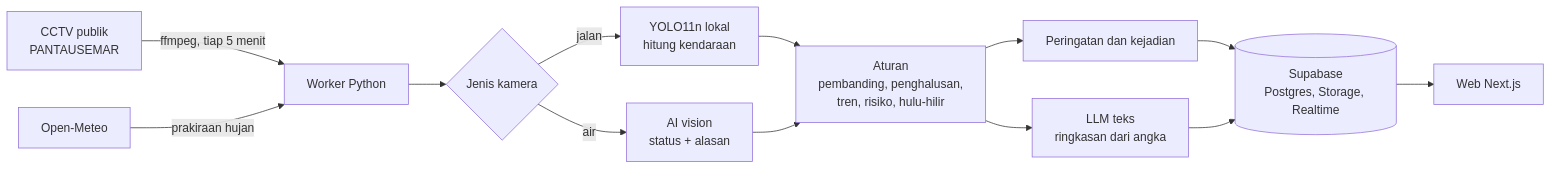
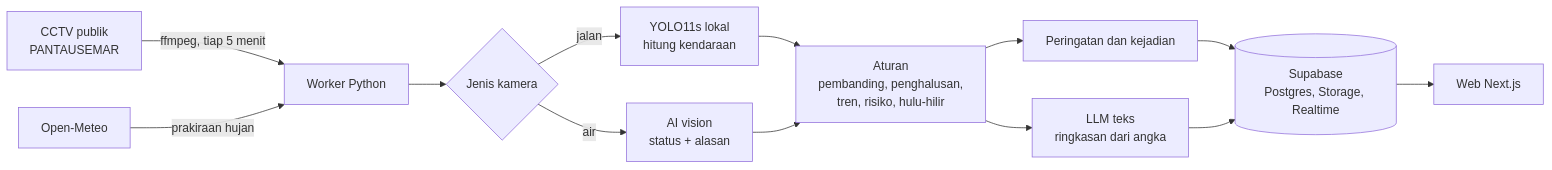
The diagram in README.md (isyraqawwaluthorid/iconfest-competition), drawn with Mermaid before and after one commit. The commit also changed other lines of this file and 4 other files, not shown here.

Commit message:
Map labels of nearby sites no longer overlap; About page, README and architecture notes name YOLO11s

````diff
--- a/README.md
+++ b/README.md
@@ -38,15 +38,15 @@
 ```mermaid
 flowchart LR
     A[CCTV publik<br/>PANTAUSEMAR] -->|ffmpeg, tiap 5 menit| B[Worker Python]
     W[Open-Meteo] -->|prakiraan hujan| B
     B --> C{Jenis kamera}
-    C -->|jalan| D[YOLO11n lokal<br/>hitung kendaraan]
+    C -->|jalan| D[YOLO11s lokal<br/>hitung kendaraan]
     C -->|air| E[AI vision<br/>status + alasan]
     D --> F[Aturan<br/>pembanding, penghalusan,<br/>tren, risiko, hulu-hilir]
     E --> F
     F --> G[Peringatan dan kejadian]
     F --> H[LLM teks<br/>ringkasan dari angka]
     G --> S[(Supabase<br/>Postgres, Storage, Realtime)]
     H --> S
     S --> N[Web Next.js]
 ```
````
